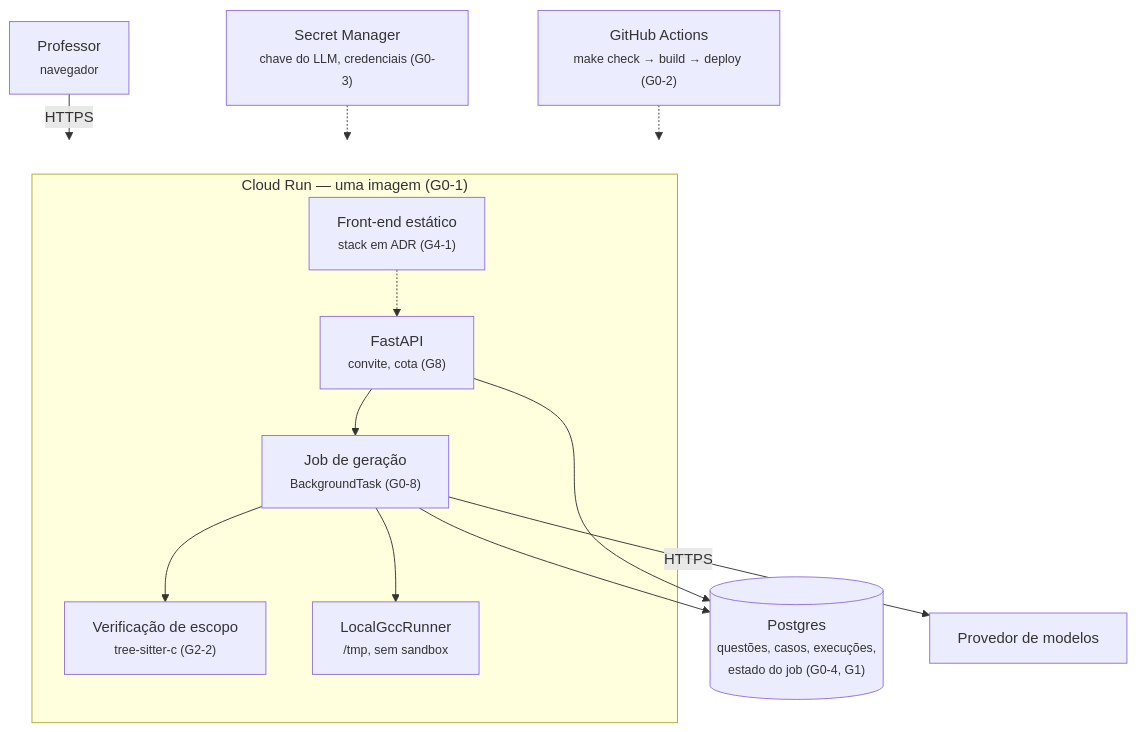
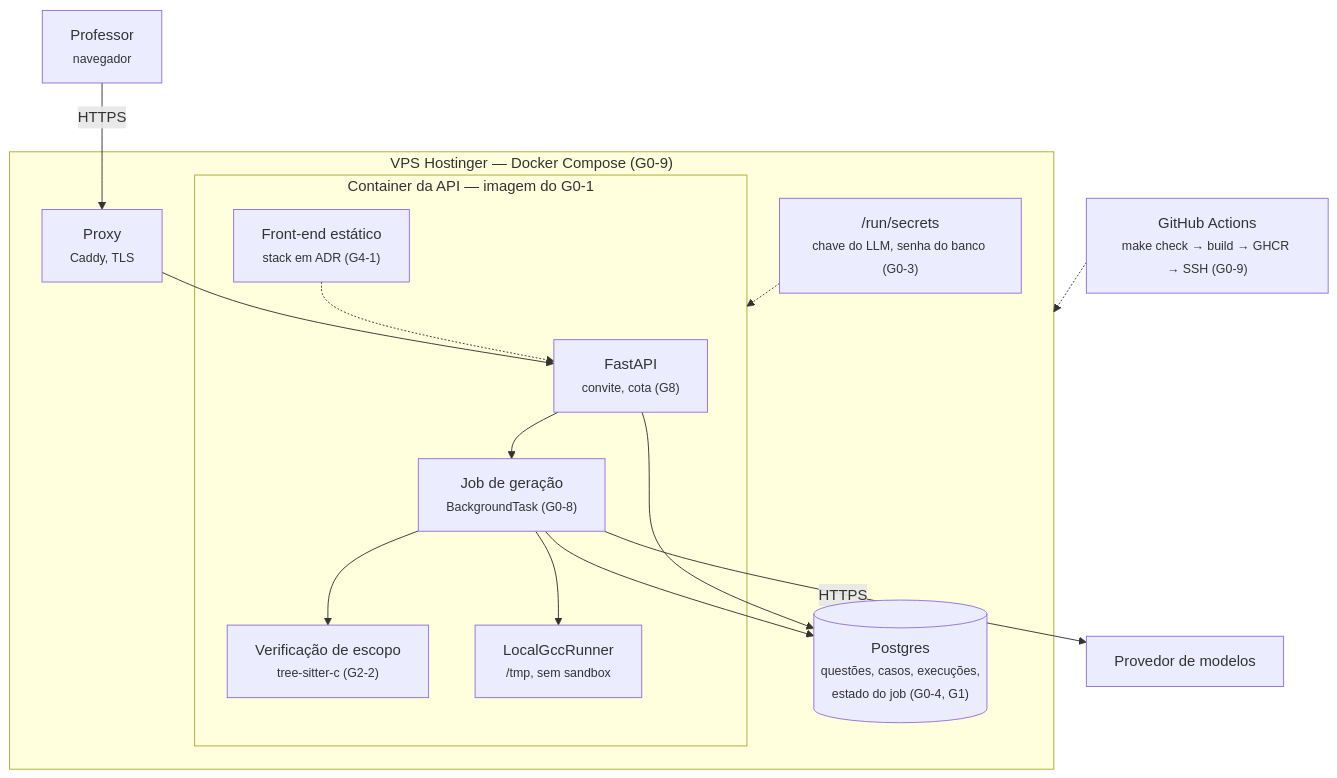
The diagram in docs/product/roadmap.md (TUTOR-IA-Makers/tutor-ia), drawn with Mermaid before and after one commit. The commit also changed other lines of this file and 11 other files, not shown here.

First line of the commit message:
docs: move the 30/11 hosting from Cloud Run to a Hostinger VPS

````diff
--- a/docs/product/roadmap.md
+++ b/docs/product/roadmap.md
@@ -133,21 +133,26 @@
 ```mermaid
 flowchart TD
-    P["Professor<br/><small>navegador</small>"] -->|HTTPS| CR
+    P["Professor<br/><small>navegador</small>"] -->|HTTPS| PX
 
-    subgraph CR["Cloud Run — uma imagem (G0-1)"]
-        FE["Front-end estático<br/><small>stack em ADR (G4-1)</small>"]
-        API["FastAPI<br/><small>convite, cota (G8)</small>"]
-        JOB["Job de geração<br/><small>BackgroundTask (G0-8)</small>"]
-        SC["Verificação de escopo<br/><small>tree-sitter-c (G2-2)</small>"]
-        RUN["LocalGccRunner<br/><small>/tmp, sem sandbox</small>"]
-        API --> JOB --> SC
-        JOB --> RUN
+    subgraph VPS["VPS Hostinger — Docker Compose (G0-9)"]
+        PX["Proxy<br/><small>Caddy, TLS</small>"] --> API
+        subgraph CR["Container da API — imagem do G0-1"]
+            FE["Front-end estático<br/><small>stack em ADR (G4-1)</small>"]
+            API["FastAPI<br/><small>convite, cota (G8)</small>"]
+            JOB["Job de geração<br/><small>BackgroundTask (G0-8)</small>"]
+            SC["Verificação de escopo<br/><small>tree-sitter-c (G2-2)</small>"]
+            RUN["LocalGccRunner<br/><small>/tmp, sem sandbox</small>"]
+            API --> JOB --> SC
+            JOB --> RUN
+        end
+        DB[("Postgres<br/><small>questões, casos, execuções,<br/>estado do job (G0-4, G1)</small>")]
+        SM["/run/secrets<br/><small>chave do LLM, senha do banco (G0-3)</small>"]
     end
 
     FE -.-> API
-    JOB --> DB[("Postgres<br/><small>questões, casos, execuções,<br/>estado do job (G0-4, G1)</small>")]
+    JOB --> DB
     API --> DB
+    SM -.-> CR
     JOB -->|HTTPS| LLM["Provedor de modelos"]
-    SM["Secret Manager<br/><small>chave do LLM, credenciais (G0-3)</small>"] -.-> CR
-    GH["GitHub Actions<br/><small>make check → build → deploy (G0-2)</small>"] -.-> CR
+    GH["GitHub Actions<br/><small>make check → build → GHCR → SSH (G0-9)</small>"] -.-> VPS
 ```
````
